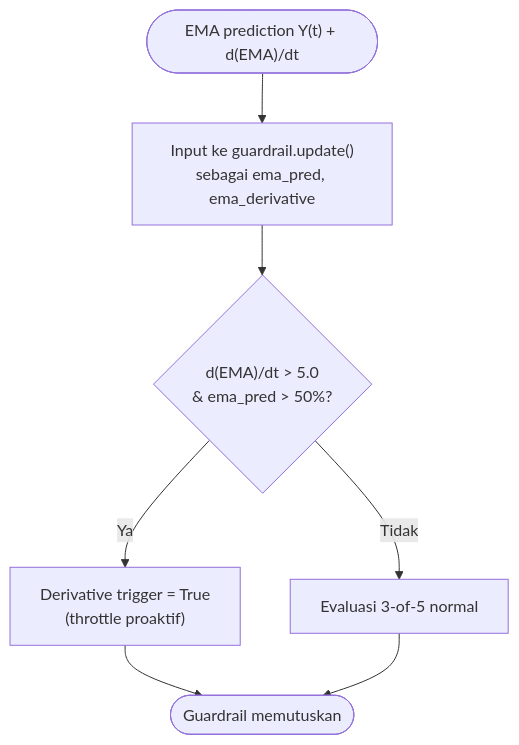
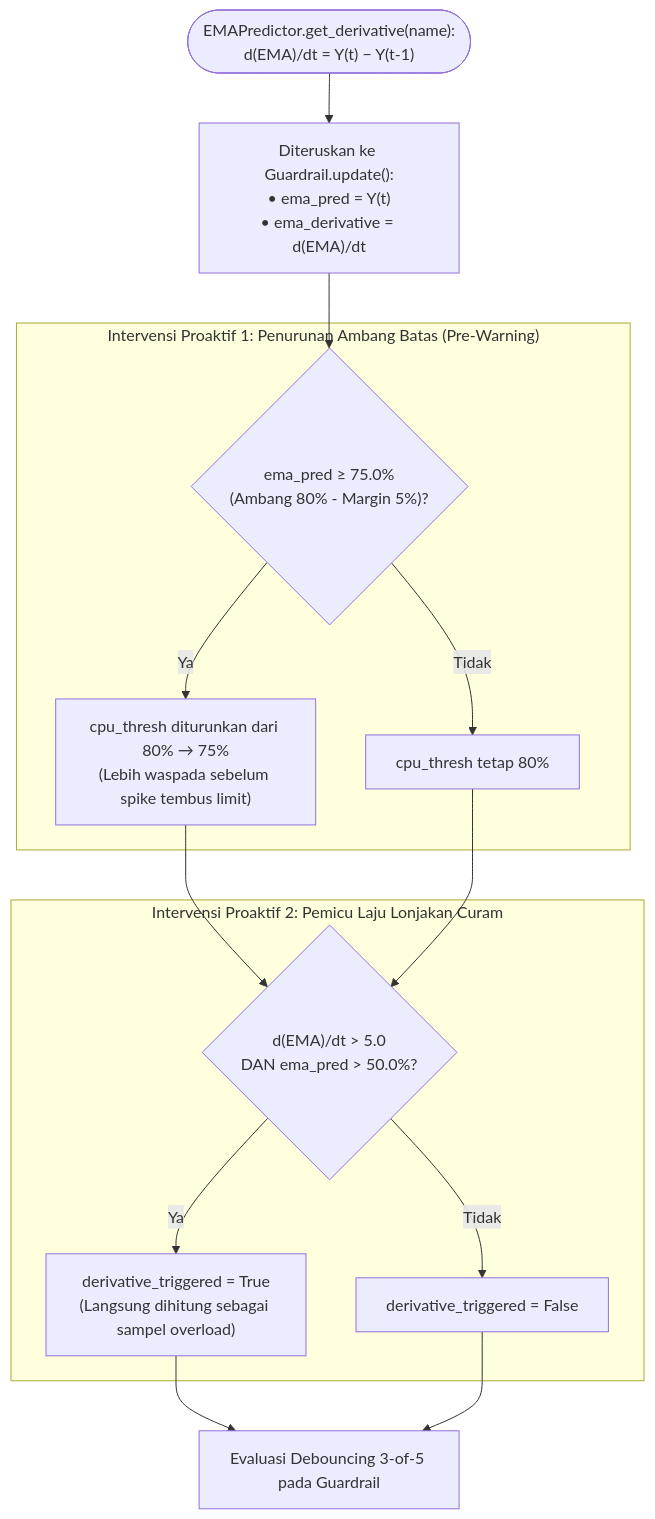
Before and after one commit to fauzanreza/green-container-framework: the second of 3 diagrams in architecture-diagrams/layer-3-control/03_ema_predictor.md, drawn with Mermaid. The commit also changed other lines of this file and 18 other files, not shown here.

````diff
--- a/architecture-diagrams/layer-3-control/03_ema_predictor.md
+++ b/architecture-diagrams/layer-3-control/03_ema_predictor.md
@@ -40,13 +42,34 @@
 ```mermaid
 flowchart TD
-    EMA_INPUT(["EMA prediction Y(t) + d(EMA)/dt"])
-    FEED["Input ke guardrail.update()<br/>sebagai ema_pred, ema_derivative"]
-    CHECK{"d(EMA)/dt > 5.0<br/>& ema_pred > 50%?"}
-    TRIGGER["Derivative trigger = True<br/>(throttle proaktif)"]
-    NORMAL["Evaluasi 3-of-5 normal"]
-    RESULT([" Guardrail memutuskan"])
+    CALC_DERIV(["EMAPredictor.get_derivative(name):<br/>d(EMA)/dt = Y(t) − Y(t-1)"])
 
-    EMA_INPUT --> FEED --> CHECK
-    CHECK -->|Ya| TRIGGER --> RESULT
-    CHECK -->|Tidak| NORMAL --> RESULT
+    FEED_INPUT["Diteruskan ke Guardrail.update():<br/>• ema_pred = Y(t)<br/>• ema_derivative = d(EMA)/dt"]
+
+    subgraph PROAKTIF_1["Intervensi Proaktif 1: Penurunan Ambang Batas (Pre-Warning)"]
+        CEK_ZONE{"ema_pred ≥ 75.0%<br/>(Ambang 80% - Margin 5%)?"}
+        TURUN_THRESH["cpu_thresh diturunkan dari 80% → 75%<br/>(Lebih waspada sebelum spike tembus limit)"]
+        TETAP_THRESH["cpu_thresh tetap 80%"]
+    end
+
+    subgraph PROAKTIF_2["Intervensi Proaktif 2: Pemicu Laju Lonjakan Curam"]
+        CEK_DERIV_SURGE{"d(EMA)/dt &gt; 5.0<br/>DAN ema_pred &gt; 50.0%?"}
+        SURGE_TRIGGER["derivative_triggered = True<br/>(Langsung dihitung sebagai sampel overload)"]
+        SURGE_IGNORE["derivative_triggered = False"]
+    end
+
+    EVAL_GUARDRAIL["Evaluasi Debouncing 3-of-5 pada Guardrail"]
+
+    CALC_DERIV --> FEED_INPUT
+    FEED_INPUT --> CEK_ZONE
+    CEK_ZONE -->|Ya| TURUN_THRESH
+    CEK_ZONE -->|Tidak| TETAP_THRESH
+
+    TURUN_THRESH --> CEK_DERIV_SURGE
+    TETAP_THRESH --> CEK_DERIV_SURGE
+
+    CEK_DERIV_SURGE -->|Ya| SURGE_TRIGGER
+    CEK_DERIV_SURGE -->|Tidak| SURGE_IGNORE
+
+    SURGE_TRIGGER --> EVAL_GUARDRAIL
+    SURGE_IGNORE --> EVAL_GUARDRAIL
 ```
````
